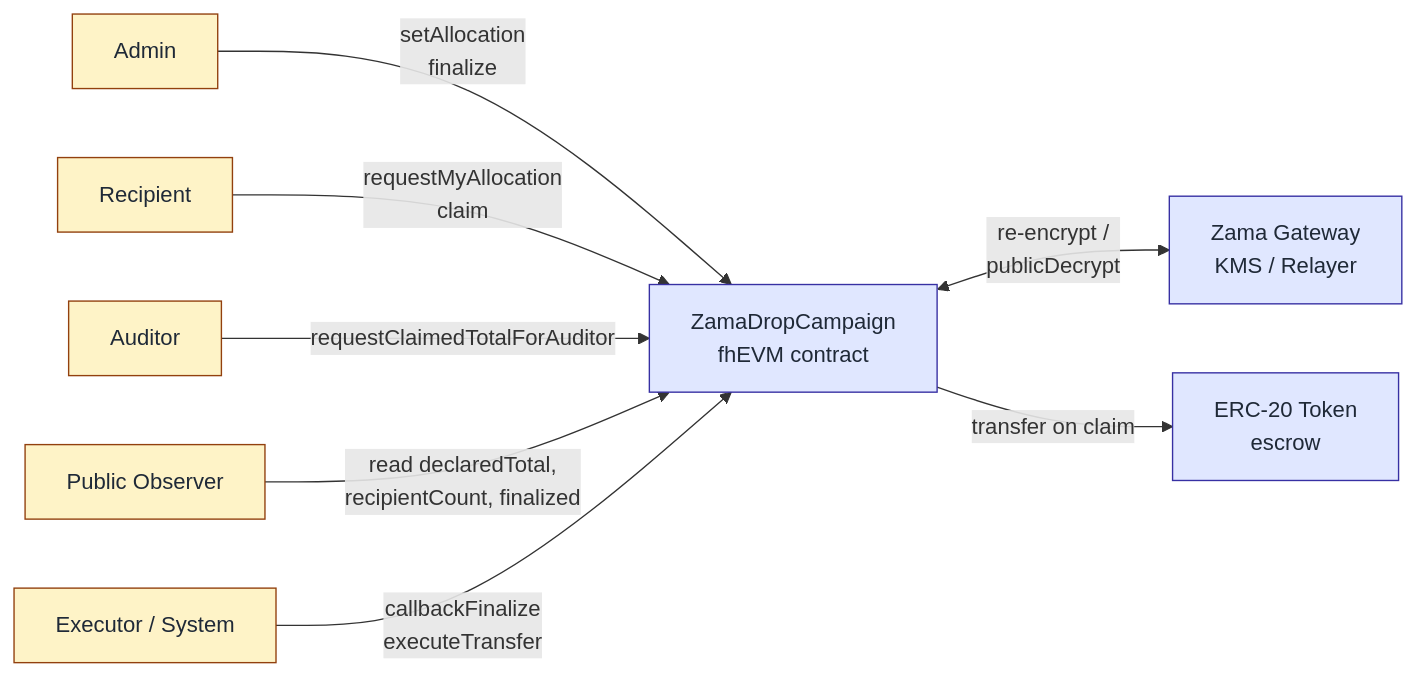
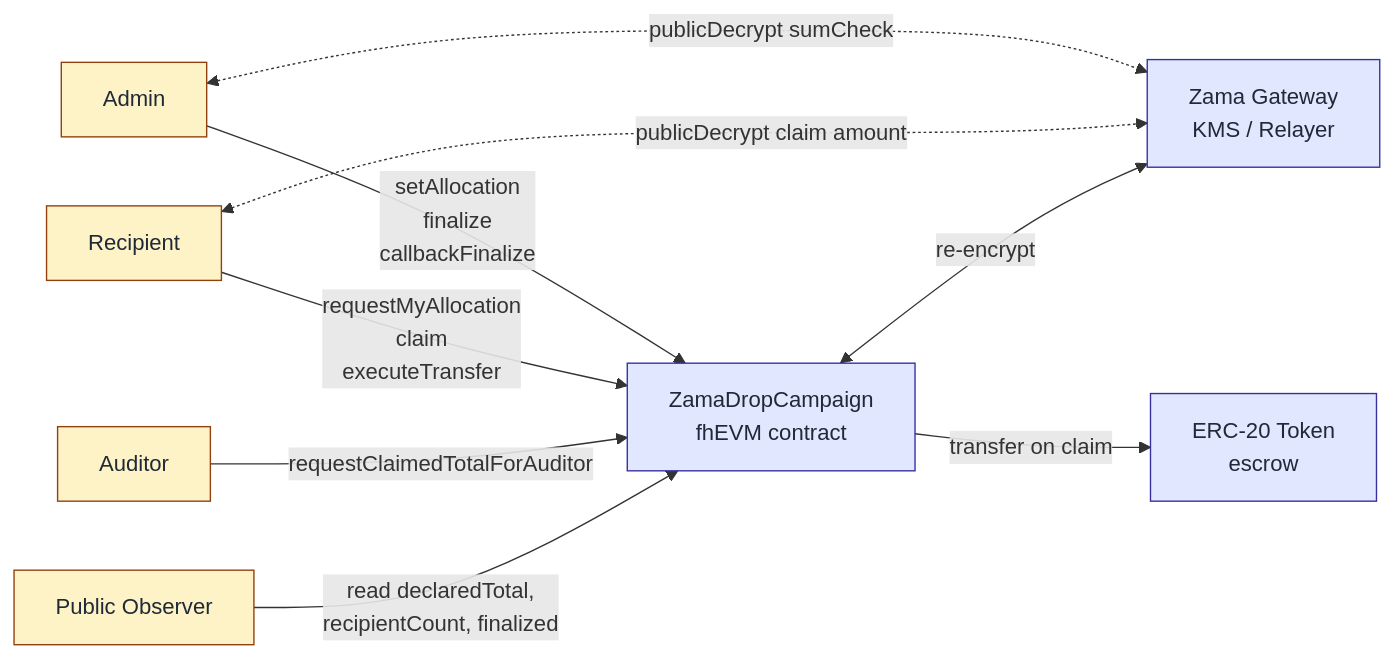
One commit to huaruic/zamadrop changed the diagram in README.md. Above: the diagram before and after it, drawn with Mermaid. The commit also changed other lines of this file and 14 other files, not shown here.

````diff
--- a/README.md
+++ b/README.md
@@ -27,26 +27,26 @@
 ```mermaid
 graph LR
     Admin[Admin]
     Recipient[Recipient]
     Auditor[Auditor]
     Public[Public Observer]
-    Executor[Executor / System]
 
     Contract[ZamaDropCampaign<br/>fhEVM contract]
     Token[ERC-20 Token<br/>escrow]
     Gateway[Zama Gateway<br/>KMS / Relayer]
 
-    Admin -->|setAllocation<br/>finalize| Contract
-    Recipient -->|requestMyAllocation<br/>claim| Contract
+    Admin -->|setAllocation<br/>finalize<br/>callbackFinalize| Contract
+    Recipient -->|requestMyAllocation<br/>claim<br/>executeTransfer| Contract
     Auditor -->|requestClaimedTotalForAuditor| Contract
     Public -->|read declaredTotal,<br/>recipientCount, finalized| Contract
-    Executor -->|callbackFinalize<br/>executeTransfer| Contract
 
-    Contract <-->|re-encrypt /<br/>publicDecrypt| Gateway
+    Admin <-.->|publicDecrypt sumCheck| Gateway
+    Recipient <-.->|publicDecrypt claim amount| Gateway
+    Contract <-->|re-encrypt| Gateway
     Contract -->|transfer on claim| Token
 
     classDef role fill:#fef3c7,stroke:#92400e,color:#1f2937;
     classDef system fill:#e0e7ff,stroke:#3730a3,color:#1f2937;
-    class Admin,Recipient,Auditor,Public,Executor role;
+    class Admin,Recipient,Auditor,Public role;
     class Contract,Token,Gateway system;
 ```
````
